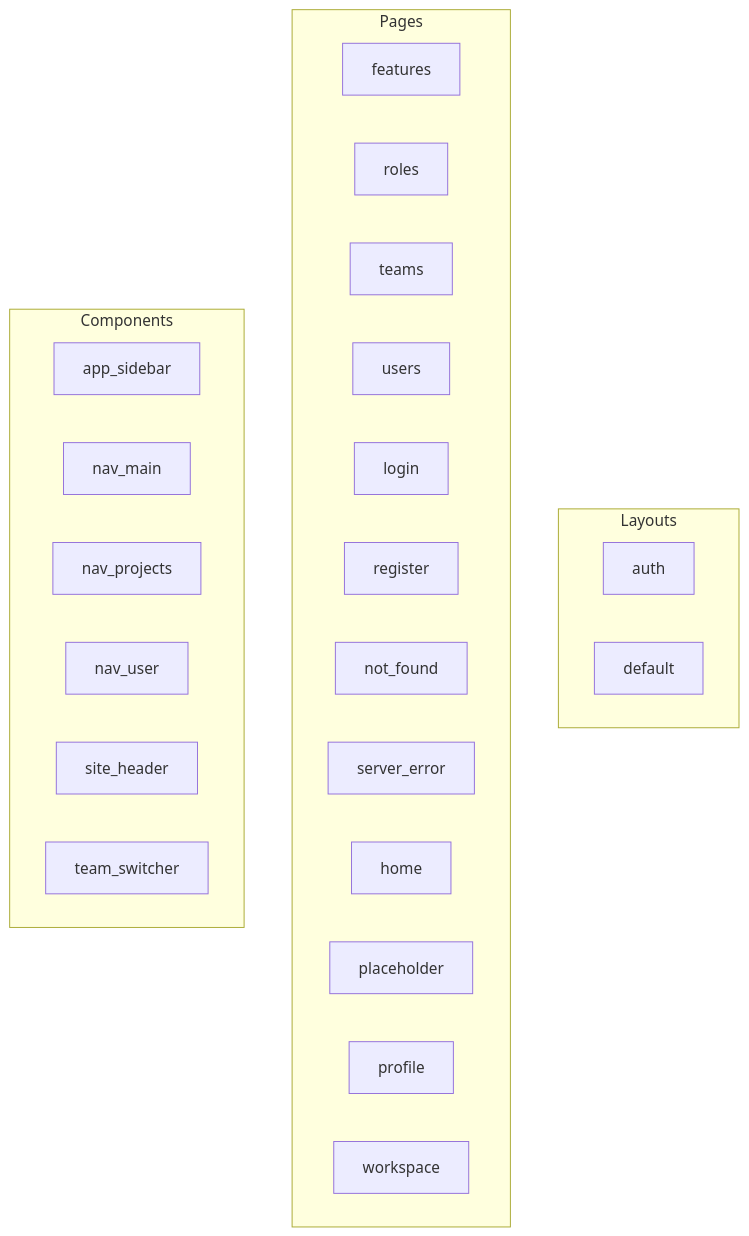
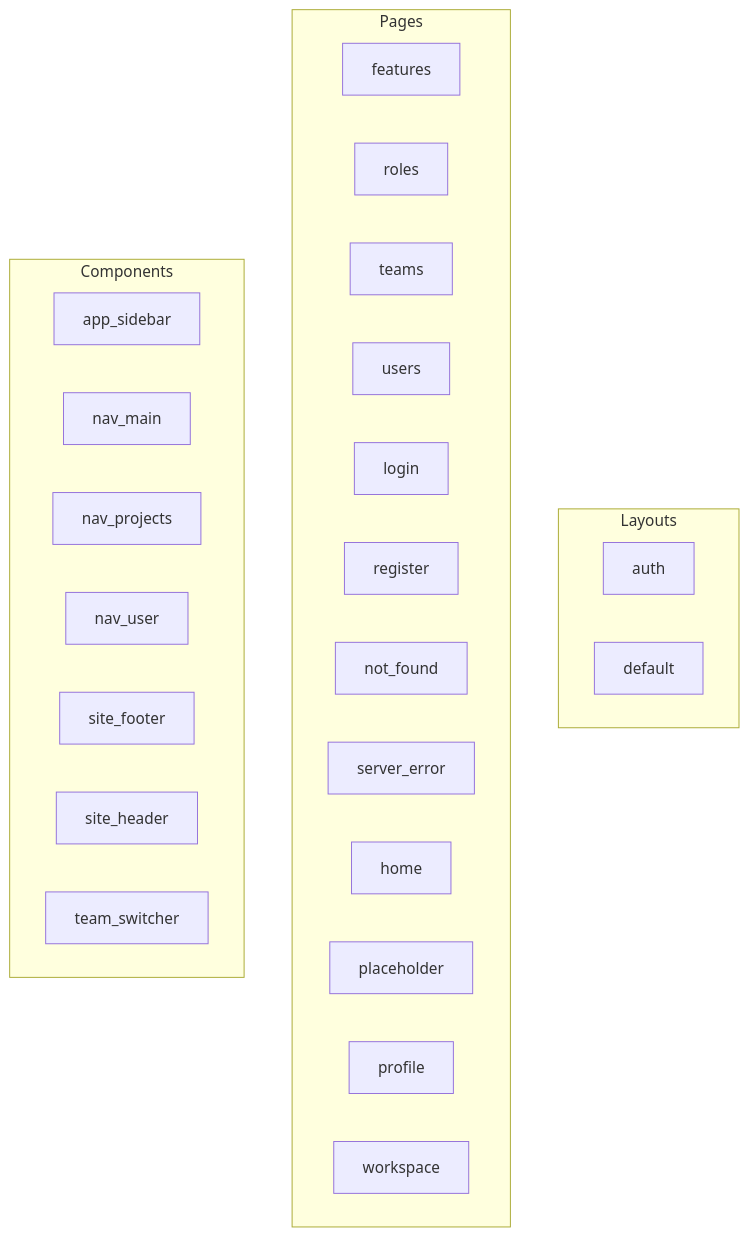
Before and after one commit to JefteCosta/saas-admin: the diagram in docs/graph/frontend.generated.md, drawn with Mermaid. The commit also changed other lines of this file and 6 other files, not shown here.

Commit message:
chore: atualizar docs/graph e knowledge-base gerados

````diff
--- a/docs/graph/frontend.generated.md
+++ b/docs/graph/frontend.generated.md
@@ -7,29 +7,30 @@
 ```mermaid
 flowchart TB
   subgraph Layouts
     L_auth["auth"]
     L_default["default"]
   end
   subgraph Pages
     inertia_pages_admin_features_vue["features"]
     inertia_pages_admin_roles_vue["roles"]
     inertia_pages_admin_teams_vue["teams"]
     inertia_pages_admin_users_vue["users"]
     inertia_pages_auth_login_vue["login"]
     inertia_pages_auth_register_vue["register"]
     inertia_pages_errors_not_found_vue["not_found"]
     inertia_pages_errors_server_error_vue["server_error"]
     inertia_pages_home_vue["home"]
     inertia_pages_placeholder_vue["placeholder"]
     inertia_pages_profile_vue["profile"]
     inertia_pages_workspace_vue["workspace"]
   end
   subgraph Components
     C_app_sidebar["app_sidebar"]
     C_nav_main["nav_main"]
     C_nav_projects["nav_projects"]
     C_nav_user["nav_user"]
+    C_site_footer["site_footer"]
     C_site_header["site_header"]
     C_team_switcher["team_switcher"]
   end
 ```
````
